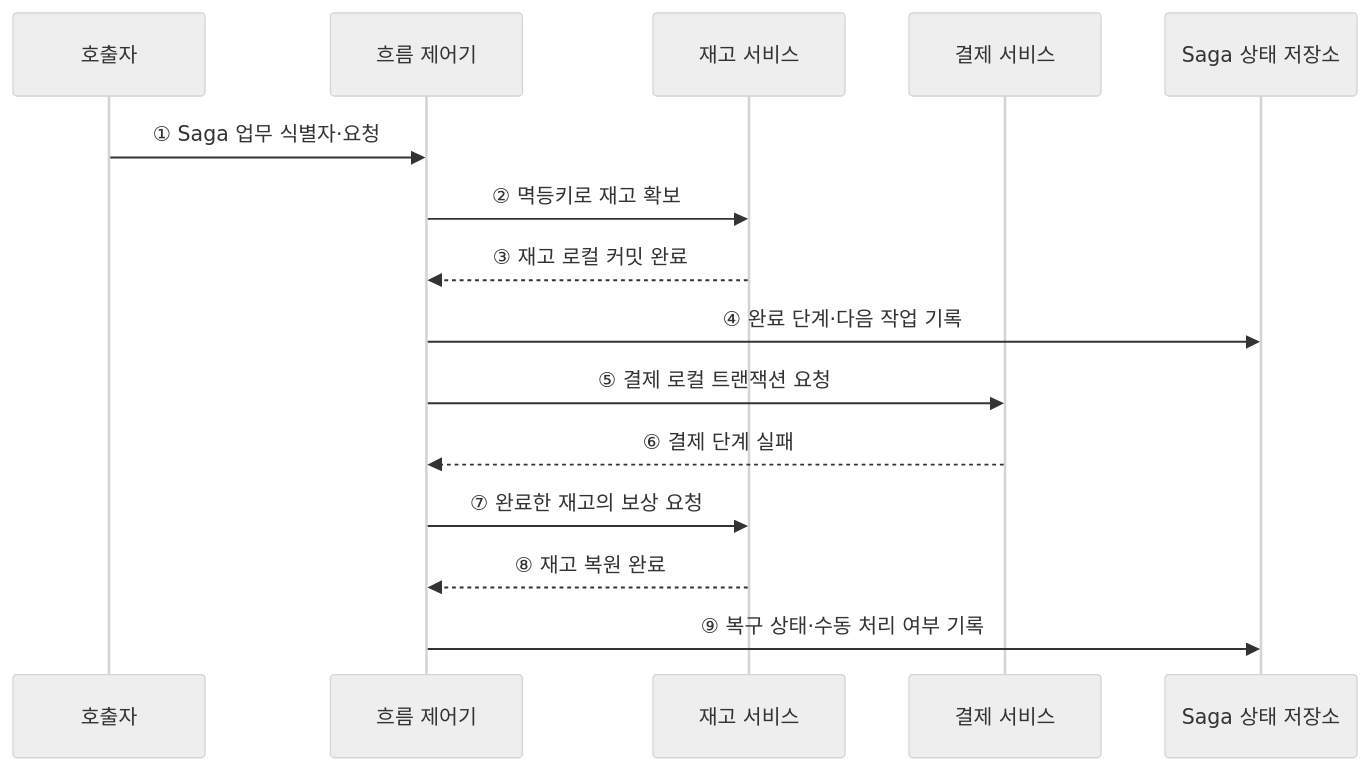
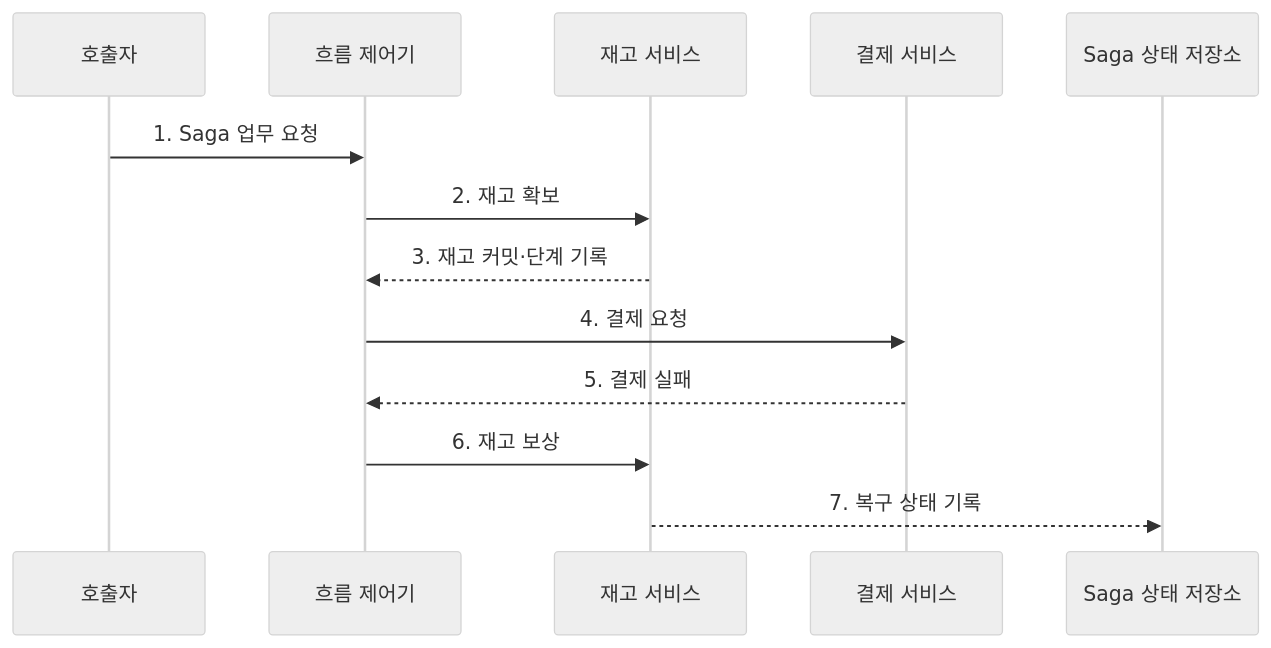
One commit to agnusdei1207/knowledge-base changed the second of 2 diagrams in src/content/docs/notes/03-software/044_saga_pattern.md. Above: the diagram before and after it, drawn with Mermaid (neutral theme). The commit also changed other lines of this file and 20 other files, not shown here.

````diff
--- a/src/content/docs/notes/03-software/044_saga_pattern.md
+++ b/src/content/docs/notes/03-software/044_saga_pattern.md
@@ -84,17 +84,15 @@
 ```mermaid
 sequenceDiagram
     participant C as 호출자
     participant F as 흐름 제어기
     participant I as 재고 서비스
     participant P as 결제 서비스
     participant S as Saga 상태 저장소
-    C->>F: ① Saga 업무 식별자·요청
-    F->>I: ② 멱등키로 재고 확보
-    I-->>F: ③ 재고 로컬 커밋 완료
-    F->>S: ④ 완료 단계·다음 작업 기록
-    F->>P: ⑤ 결제 로컬 트랜잭션 요청
-    P-->>F: ⑥ 결제 단계 실패
-    F->>I: ⑦ 완료한 재고의 보상 요청
-    I-->>F: ⑧ 재고 복원 완료
-    F->>S: ⑨ 복구 상태·수동 처리 여부 기록
+    C->>F: 1. Saga 업무 요청
+    F->>I: 2. 재고 확보
+    I-->>F: 3. 재고 커밋·단계 기록
+    F->>P: 4. 결제 요청
+    P-->>F: 5. 결제 실패
+    F->>I: 6. 재고 보상
+    I-->>S: 7. 복구 상태 기록
 ```
````
